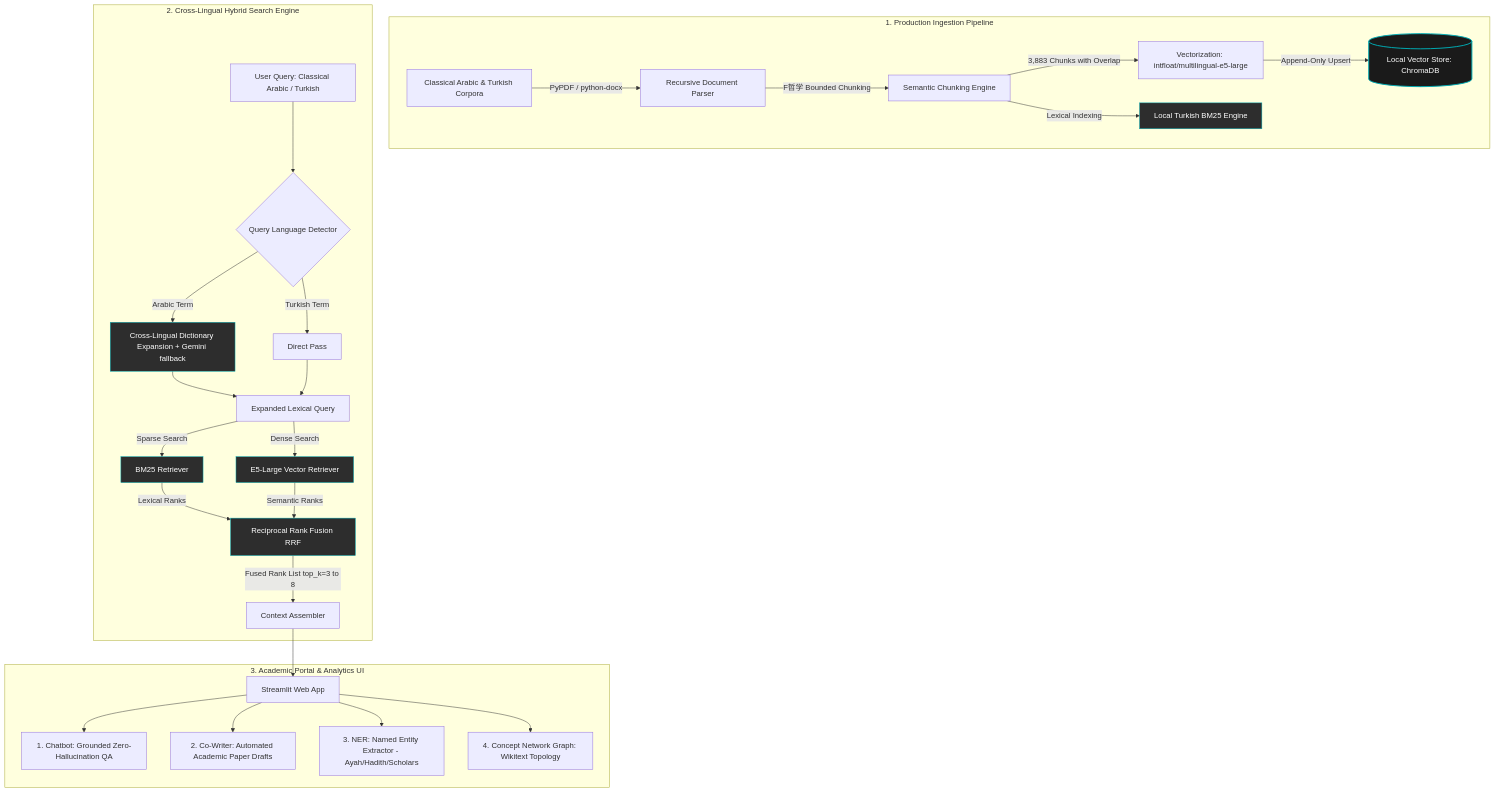
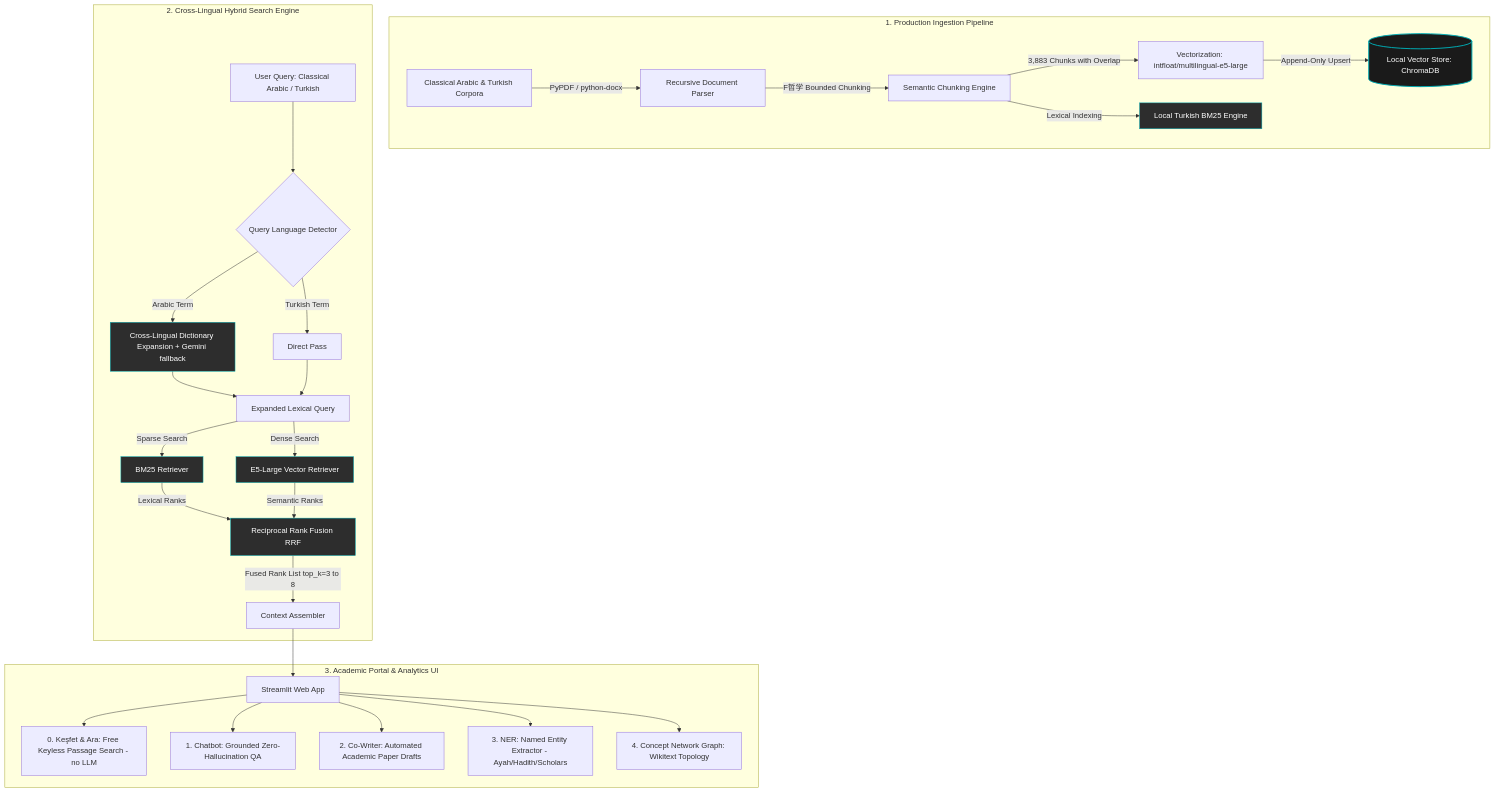
One commit to NSmacit/Ghazali-RAG-Portal changed the diagram in README.md. Above: the diagram before and after it, drawn with Mermaid. The commit also changed other lines of this file, not shown here.

First line of the commit message:
docs: document free Keşfet search tier and structure-aware İhyâ ingestion

````diff
--- a/README.md
+++ b/README.md
@@ -18,42 +18,43 @@
 ```mermaid
 graph TD
     %% Ingestion Pipeline
     subgraph Ingestion_Pipeline [1. Production Ingestion Pipeline]
         A[Classical Arabic & Turkish Corpora] -->|PyPDF / python-docx| B[Recursive Document Parser]
         B -->|F哲学 Bounded Chunking| C[Semantic Chunking Engine]
         C -->|3,883 Chunks with Overlap| D[Vectorization: intfloat/multilingual-e5-large]
         D -->|Append-Only Upsert| E[(Local Vector Store: ChromaDB)]
         C -->|Lexical Indexing| F[Local Turkish BM25 Engine]
     end
 
     %% Inference & Search Engine
     subgraph Inference_Engine [2. Cross-Lingual Hybrid Search Engine]
         G[User Query: Classical Arabic / Turkish] --> H{Query Language Detector}
         H -->|Arabic Term| I[Cross-Lingual Dictionary Expansion + Gemini fallback]
         H -->|Turkish Term| J[Direct Pass]
         I --> K[Expanded Lexical Query]
         J --> K
         
         K -->|Sparse Search| L[BM25 Retriever]
         K -->|Dense Search| M[E5-Large Vector Retriever]
         
         L -->|Lexical Ranks| N[Reciprocal Rank Fusion RRF]
         M -->|Semantic Ranks| N
         
         N -->|Fused Rank List top_k=3 to 8| O[Context Assembler]
     end
 
     %% UI & Processing Layer
     subgraph Application_Layer [3. Academic Portal & Analytics UI]
         O --> P[Streamlit Web App]
+        P --> U[0. Keşfet & Ara: Free Keyless Passage Search - no LLM]
         P --> Q[1. Chatbot: Grounded Zero-Hallucination QA]
         P --> R[2. Co-Writer: Automated Academic Paper Drafts]
         P --> S[3. NER: Named Entity Extractor - Ayah/Hadith/Scholars]
         P --> T[4. Concept Network Graph: Wikitext Topology]
     end
 
     classDef database fill:#1a1a1a,stroke:#00adb5,stroke-width:2px,color:#fff;
     classDef engine fill:#2d2d2d,stroke:#00adb5,stroke-width:1px,color:#fff;
     class E database;
     class N,I,F,L,M engine;
 ```
````
